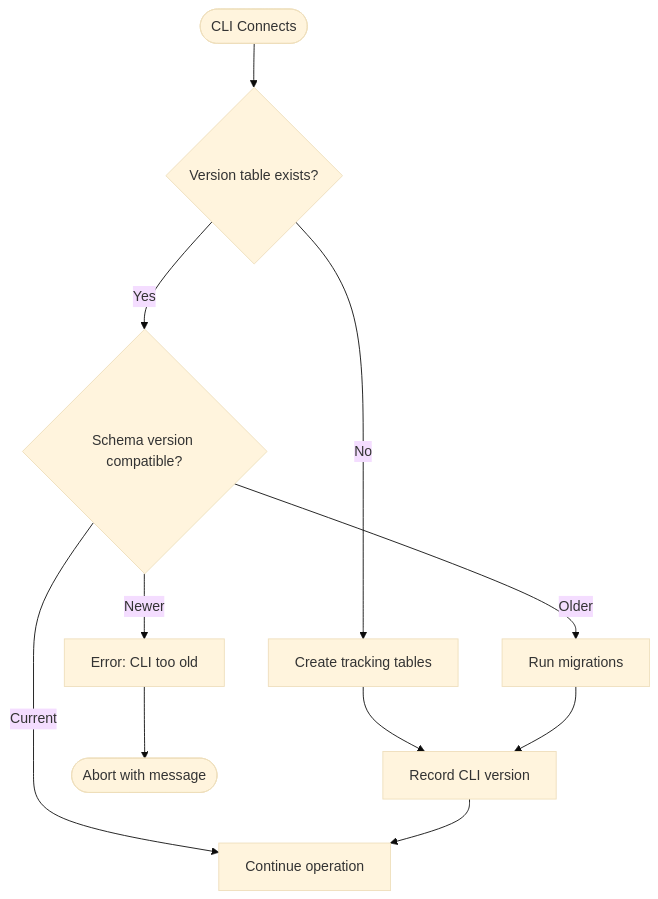
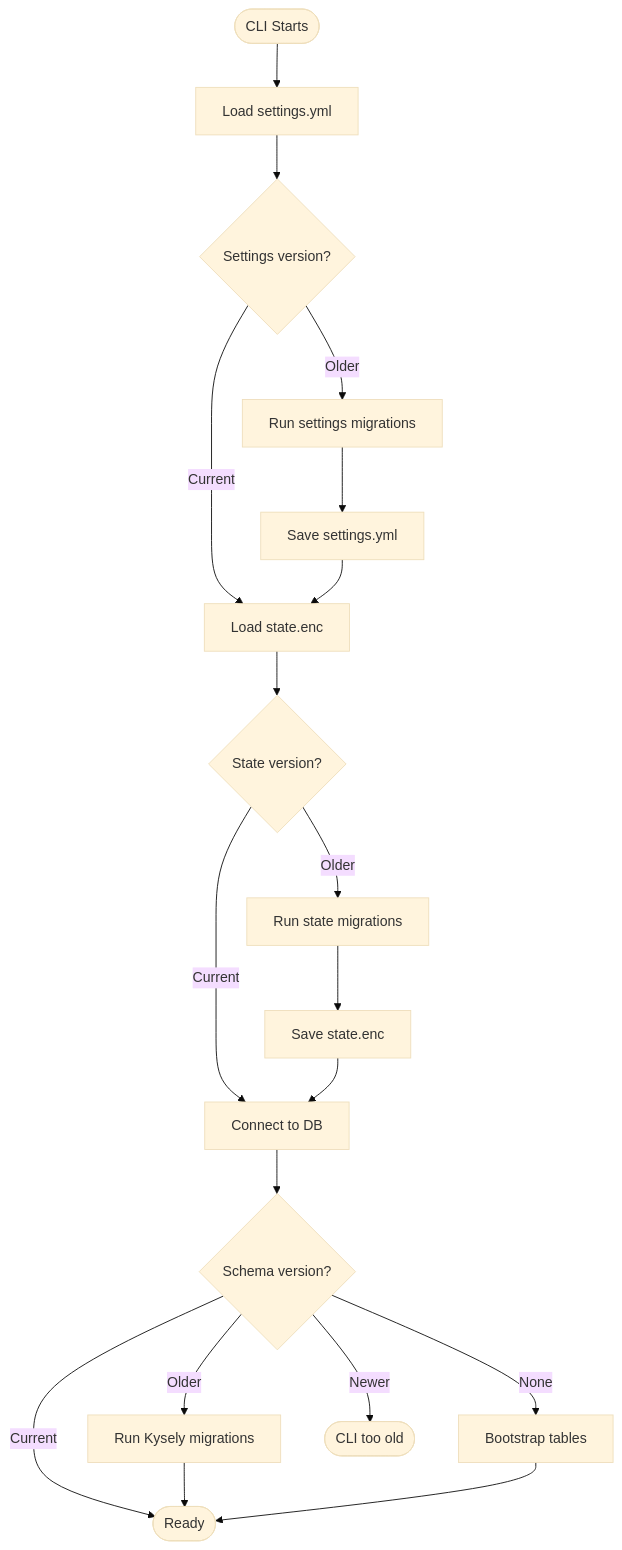
One commit to noormdev/noorm changed the diagram in plan/version.md. Above: the diagram before and after it, drawn with Mermaid (base theme). The commit also changed other lines of this file and 85 other files, not shown here.

````diff
--- a/plan/version.md
+++ b/plan/version.md
@@ -57,16 +211,25 @@
 ```mermaid
 flowchart TD
-    Start([CLI Connects]) --> Check{Version table exists?}
-    Check -->|No| Bootstrap[Create tracking tables]
-    Check -->|Yes| Compare{Schema version compatible?}
+    Start([CLI Starts]) --> LoadSettings[Load settings.yml]
+    LoadSettings --> CheckSettingsVer{Settings version?}
 
-    Compare -->|Current| Proceed[Continue operation]
-    Compare -->|Older| Migrate[Run migrations]
-    Compare -->|Newer| Error[Error: CLI too old]
+    CheckSettingsVer -->|Current| LoadState[Load state.enc]
+    CheckSettingsVer -->|Older| MigrateSettings[Run settings migrations]
+    MigrateSettings --> SaveSettings[Save settings.yml]
+    SaveSettings --> LoadState
 
-    Bootstrap --> RecordVersion[Record CLI version]
-    Migrate --> RecordVersion
-    RecordVersion --> Proceed
+    LoadState --> CheckStateVer{State version?}
+    CheckStateVer -->|Current| Connect[Connect to DB]
+    CheckStateVer -->|Older| MigrateState[Run state migrations]
+    MigrateState --> SaveState[Save state.enc]
+    SaveState --> Connect
 
-    Error --> Exit([Abort with message])
+    Connect --> CheckSchemaVer{Schema version?}
+    CheckSchemaVer -->|Current| Ready([Ready])
+    CheckSchemaVer -->|Older| MigrateSchema[Run Kysely migrations]
+    CheckSchemaVer -->|None| Bootstrap[Bootstrap tables]
+    MigrateSchema --> Ready
+    Bootstrap --> Ready
+
+    CheckSchemaVer -->|Newer| Error([CLI too old])
 ```
````
